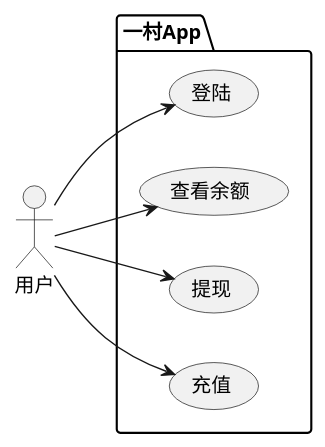
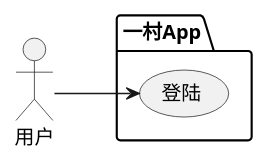
Before and after one commit to zhaoshg/javatest: the diagram in plantuml/UseCase1.puml, drawn with PlantUML.

```diff
--- a/plantuml/UseCase1.puml
+++ b/plantuml/UseCase1.puml
@@ -1,37 +1,42 @@
 @startuml
 left to right direction
 
 actor 用户 as guest
 
 
 package 一村App {
   usecase "登陆" as login
-  usecase "查看余额" as checkbalance
-  usecase "提现" as takecash
-  usecase "充值" as recharge
+'  usecase "输入用户名密码" as loginpage
+'  note right of loginpage
+'   输入用户名密码不是一个完整的功能单元
+'   所以并不是算是一个完整的用例
+'  end note
+'  usecase "查看余额" as checkbalance
+'  usecase "提现" as takecash
+'  usecase "充值" as recharge
 '  usecase "验证密码" as checkpwd
 '  usecase "显示密码错误" as errorpwd
 '  usecase "验证资金" as uc5
 '  usecase "提示资金不足" as nomoney
 }
 
 'package 第三方 {
 '  actor "银行" as bank
 '  actor "南洋银行" as nanyang
 '  actor "微信" as weixin
 '}
 
-guest --> checkbalance
+'guest --> checkbalance
 guest --> login
-guest --> takecash
-guest --> recharge
+'guest --> takecash
+'guest --> recharge
 
 'login .> checkpwd: include
 'login <.. errorpwd: extends
 'takecash --> bank
 'takecash ..> uc5: include
 'takecash <.. nomoney: extends
 'recharge <--- bank
 'nanyang -up-|> bank
 'weixin -up-|> bank
 @enduml
```
